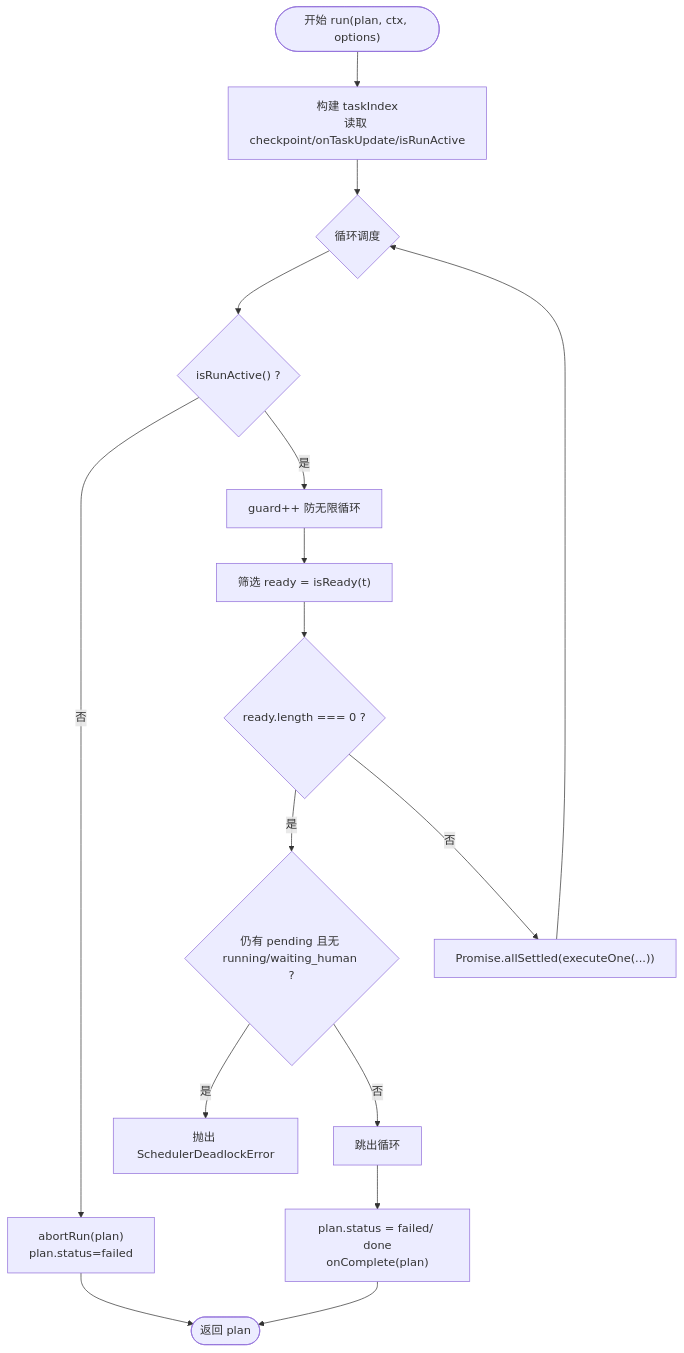
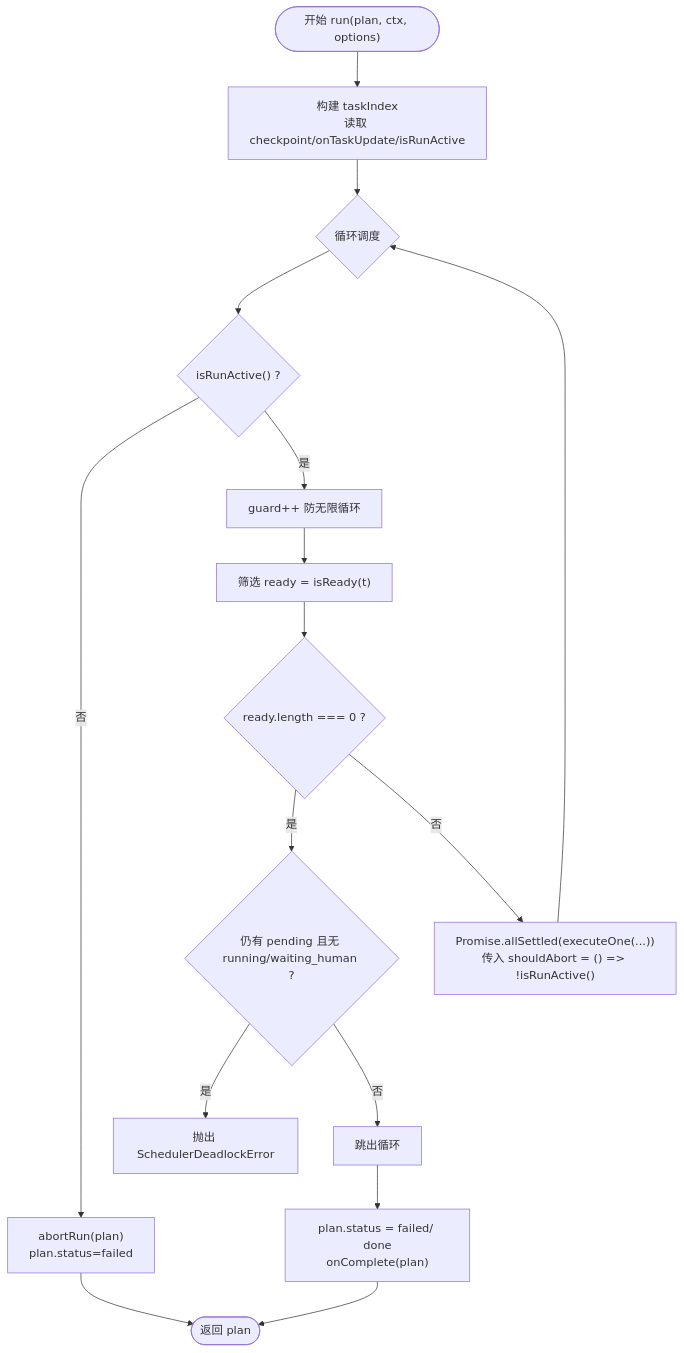
One commit to Ichi-Hackton/WAIC-WeChat-MiniProgram changed the third of 8 diagrams in .qoder/repowiki/zh/content/核心模块/Scheduler调度器.md. Above: the diagram before and after it, drawn with Mermaid. The commit also changed other lines of this file and 33 other files, not shown here.

````diff
--- a/.qoder/repowiki/zh/content/核心模块/Scheduler调度器.md
+++ b/.qoder/repowiki/zh/content/核心模块/Scheduler调度器.md
@@ -141,18 +151,18 @@
 ```mermaid
 flowchart TD
 Start(["开始 run(plan, ctx, options)"]) --> Init["构建 taskIndex<br/>读取 checkpoint/onTaskUpdate/isRunActive"]
 Init --> Loop{"循环调度"}
 Loop --> CheckToken{"isRunActive() ?"}
 CheckToken --> |否| Abort["abortRun(plan)<br/>plan.status=failed"]
 Abort --> End(["返回 plan"])
 CheckToken --> |是| Guard["guard++ 防无限循环"]
 Guard --> Ready["筛选 ready = isReady(t)"]
 Ready --> Deadlock{"ready.length === 0 ?"}
 Deadlock --> |是| CheckPending{"仍有 pending 且无 running/waiting_human ?"}
 CheckPending --> |是| Throw["抛出 SchedulerDeadlockError"]
 CheckPending --> |否| Break["跳出循环"]
-Deadlock --> |否| Parallel["Promise.allSettled(executeOne(...))"]
+Deadlock --> |否| Parallel["Promise.allSettled(executeOne(...))<br/>传入 shouldAbort = () => !isRunActive()"]
 Parallel --> Loop
 Break --> Finalize["plan.status = failed/ done<br/>onComplete(plan)"]
 Finalize --> End
 ```
````
